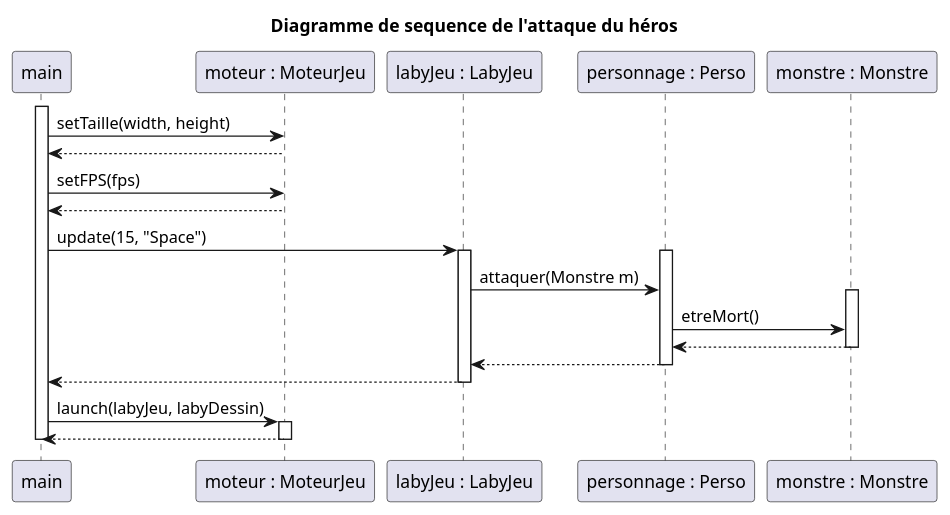
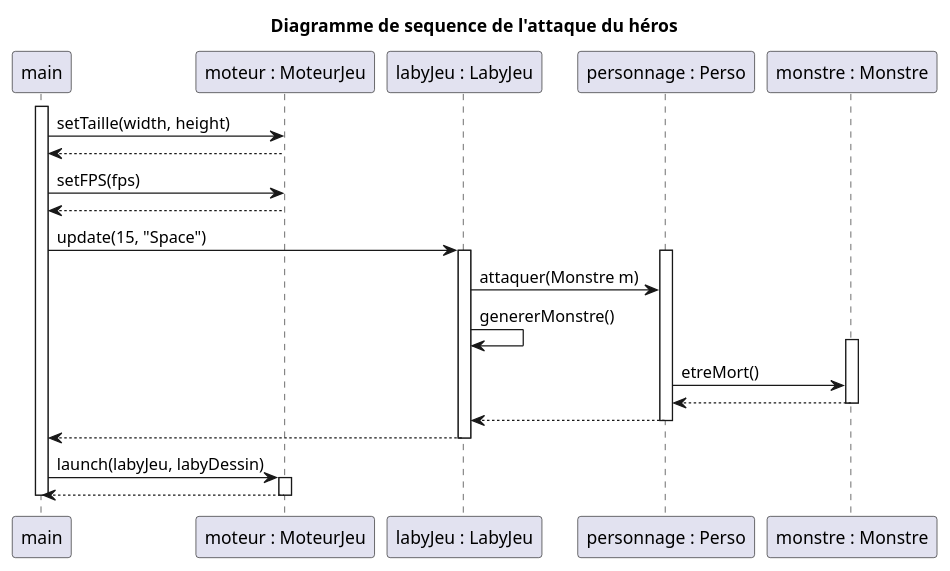
The diagram in documents/version_4/DiagrammeSequenceAttaqueJoueur.puml (Zhi-Sheng-Trieu/2022_Zeldiablo_Doan_Oudin_Trieu_Noel), drawn with PlantUML before and after one commit.

Commit message:
ajout diag seq attaque

```diff
--- a/documents/version_4/DiagrammeSequenceAttaqueJoueur.puml
+++ b/documents/version_4/DiagrammeSequenceAttaqueJoueur.puml
@@ -1,41 +1,42 @@
 @startuml
 
 title Diagramme de sequence de l'attaque du héros
 
 participant "main" as main
 participant "moteur : MoteurJeu" as moteur
 participant "labyJeu : LabyJeu" as labyJeu
 participant "personnage : Perso" as personnage
 participant "monstre : Monstre" as monstre
 
 
 
 
 activate main
     main -> moteur : setTaille(width, height)
     moteur --> main
     main -> moteur : setFPS(fps)
     moteur --> main
     main -> labyJeu : update(15, "Space")
 
     activate labyJeu
         activate personnage
             labyJeu -> personnage : attaquer(Monstre m)
+            labyJeu -> labyJeu : genererMonstre()
             activate monstre
                 personnage -> monstre : etreMort()
                 monstre --> personnage
             deactivate monstre
             personnage --> labyJeu
         deactivate personnage
 
         labyJeu --> main
     deactivate labyJeu
 
     main -> moteur : launch(labyJeu, labyDessin)
     activate moteur
     moteur --> main
     deactivate moteur
 
 deactivate main
 
 @enduml
```
